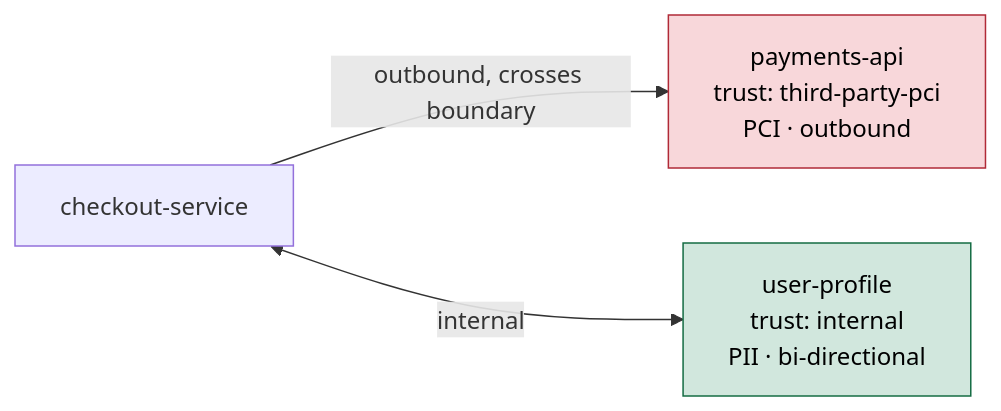
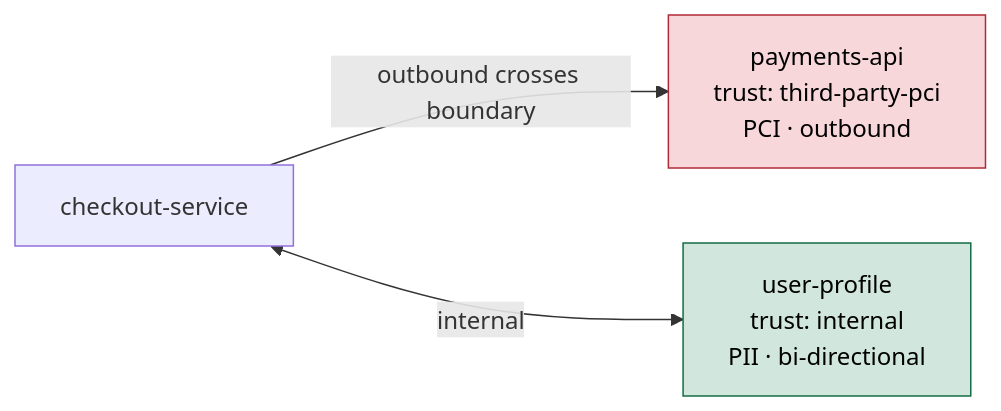
One commit to bumbsclaw/textbooks changed the fifth of 7 diagrams in book-03-sboms/ch03-cyclonedx.md. Above: the diagram before and after it, drawn with Mermaid. The commit also changed 173 other files, not shown here.

First line of the commit message:
fix(mermaid): close note brackets, semicolons in Notes, stateDiagram br -> dash, edge parens

````diff
--- a/book-03-sboms/ch03-cyclonedx.md
+++ b/book-03-sboms/ch03-cyclonedx.md
@@ -566,12 +566,12 @@
 ```mermaid
 flowchart LR
   APP["checkout-service"]
   PAY["payments-api<br/>trust: third-party-pci<br/>PCI · outbound"]
   UP["user-profile<br/>trust: internal<br/>PII · bi-directional"]
-  APP -->|"outbound, crosses boundary"| PAY
+  APP -->|"outbound crosses boundary"| PAY
   APP <-->|"internal"| UP
   classDef ext fill:#f8d7da,stroke:#b02a37,color:#000;
   classDef int fill:#d1e7dd,stroke:#146c43,color:#000;
   class PAY ext;
   class UP int;
 ```
````
